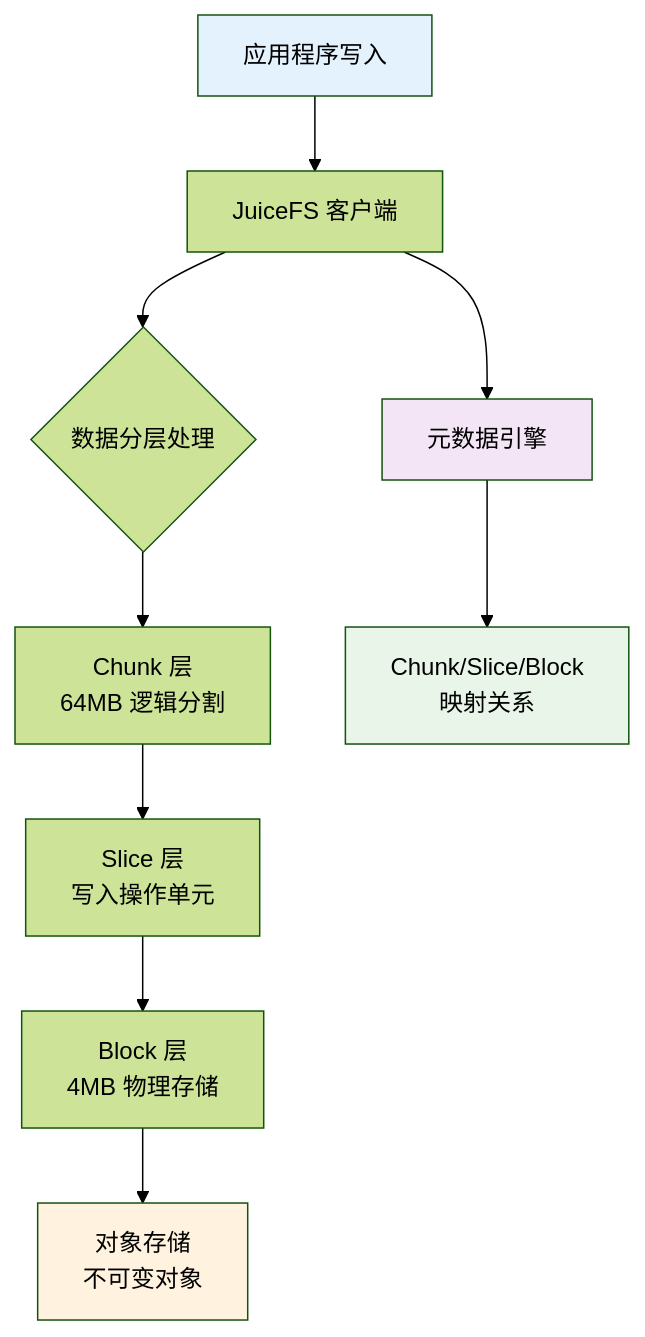
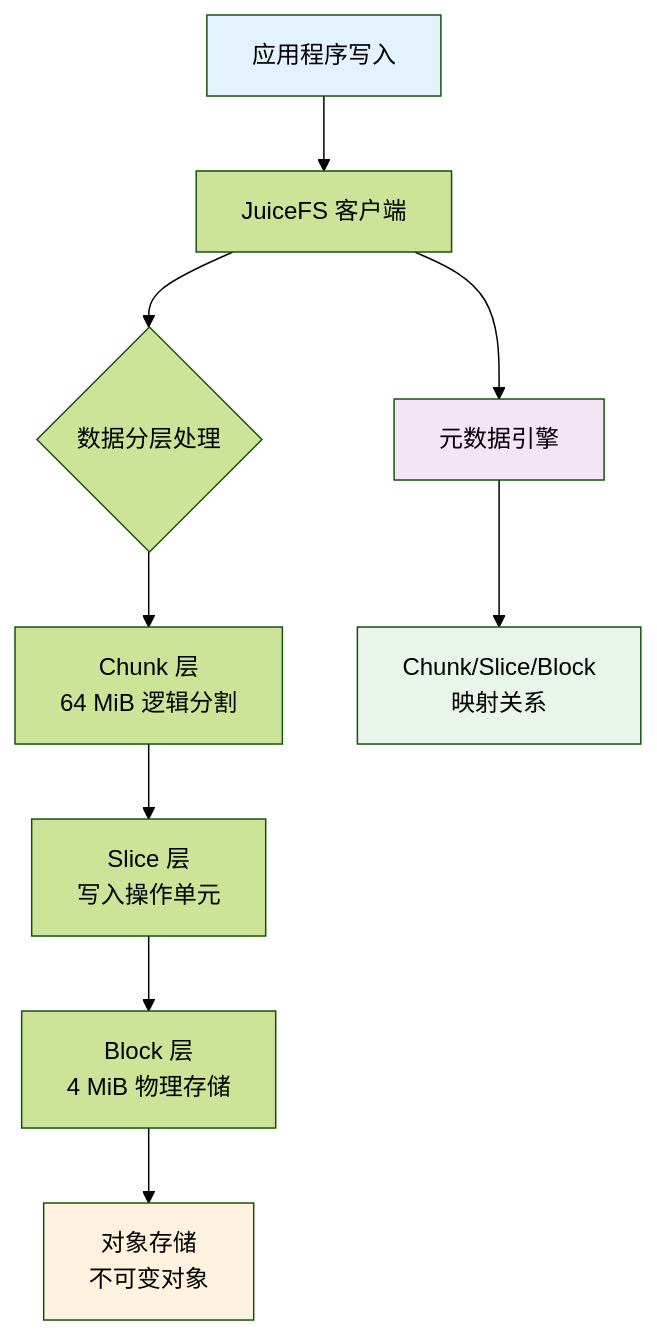
Before and after one commit to ForceInjection/AI-fundamentals: the first of 12 diagrams in 04_cloud_native_ai_platform/storage/juicefs/01_juicefs_file_modification_mechanism_analysis.md, drawn with Mermaid (forest theme). The commit also changed other lines of this file and 26 other files, not shown here.

````diff
--- a/04_cloud_native_ai_platform/storage/juicefs/01_juicefs_file_modification_mechanism_analysis.md
+++ b/04_cloud_native_ai_platform/storage/juicefs/01_juicefs_file_modification_mechanism_analysis.md
@@ -17,19 +19,19 @@
 ```mermaid
 flowchart TD
     A[应用程序写入] --> B[JuiceFS 客户端]
     B --> C{数据分层处理}
     
-    C --> D[Chunk 层<br/>64MB 逻辑分割]
+    C --> D[Chunk 层<br/>64 MiB 逻辑分割]
     D --> E[Slice 层<br/>写入操作单元]
-    E --> F[Block 层<br/>4MB 物理存储]
+    E --> F[Block 层<br/>4 MiB 物理存储]
     
     F --> G[对象存储<br/>不可变对象]
     
     B --> H[元数据引擎]
     H --> I[Chunk/Slice/Block<br/>映射关系]
     
     style A fill:#e3f2fd
     style G fill:#fff3e0
     style H fill:#f3e5f5
     style I fill:#e8f5e8
 ```
````
